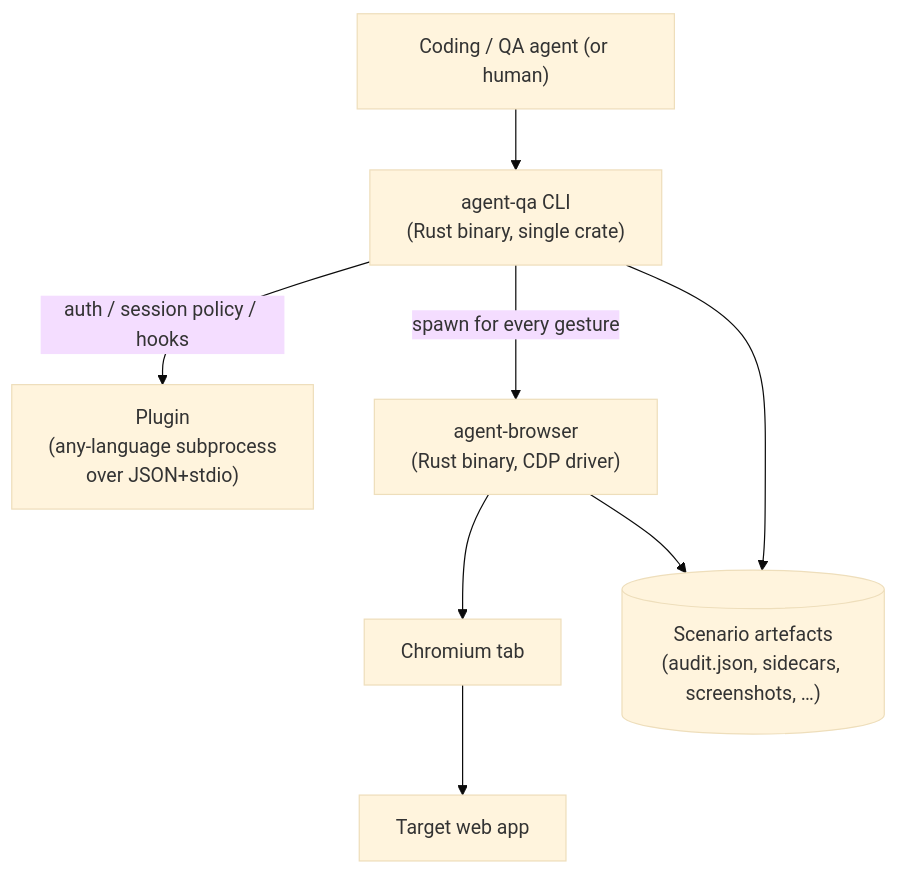
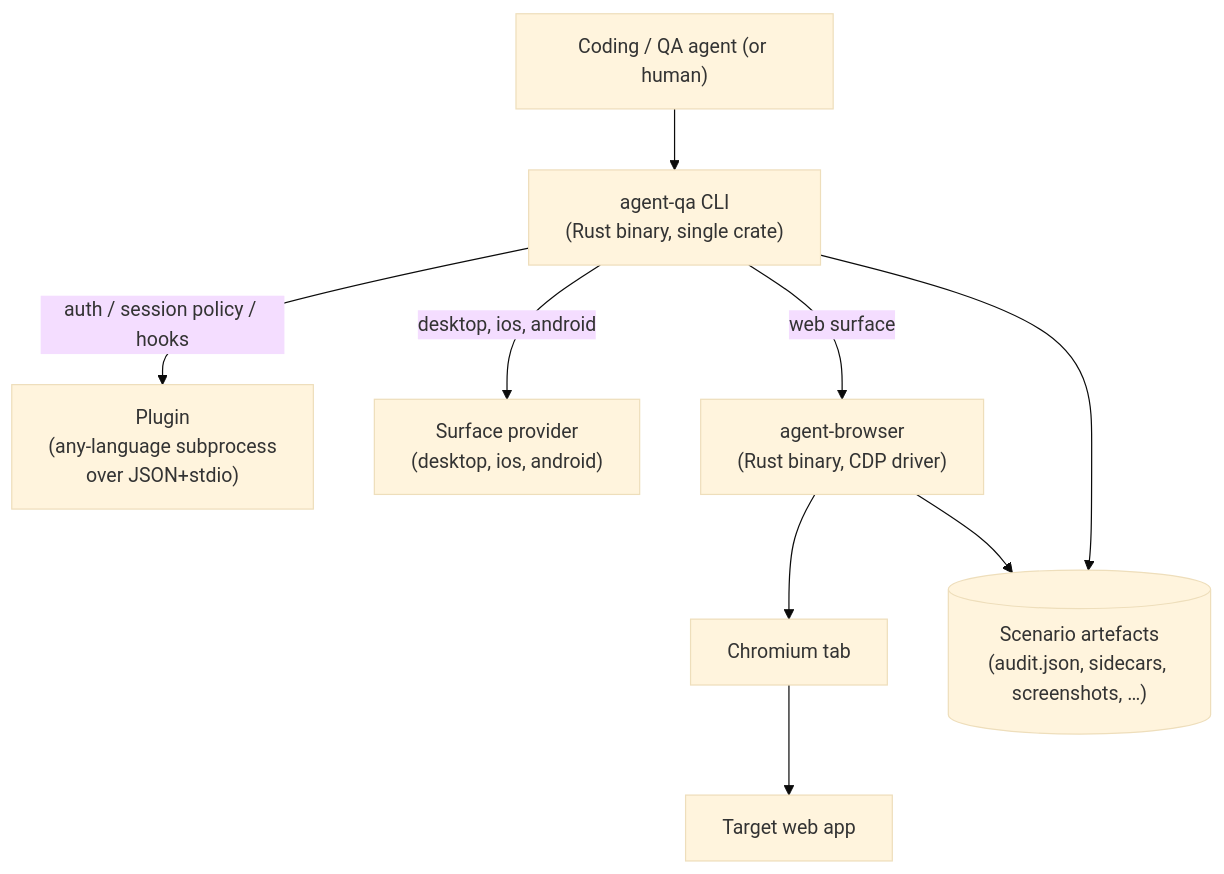
One commit to rasmusjosefsson/agent-qa changed the first of 5 diagrams in docs/architecture.md. Above: the diagram before and after it, drawn with Mermaid (base theme). The commit also changed other lines of this file and 27 other files, not shown here.

First line of the commit message:
Add surface providers for desktop, iOS, and Android (#638)

````diff
--- a/docs/architecture.md
+++ b/docs/architecture.md
@@ -15,18 +15,20 @@
 ```mermaid
 flowchart TB
     Agent["Coding / QA agent (or human)"]
     CLI["agent-qa CLI<br/>(Rust binary, single crate)"]
     Plugin["Plugin<br/>(any-language subprocess<br/>over JSON+stdio)"]
+    Surface["Surface provider<br/>(desktop, ios, android)"]
     AB["agent-browser<br/>(Rust binary, CDP driver)"]
     Browser["Chromium tab"]
     App["Target web app"]
     Disk[("Scenario artefacts<br/>(audit.json, sidecars, screenshots, …)")]
 
     Agent --> CLI
     CLI -- "auth / session policy / hooks" --> Plugin
-    CLI -- "spawn for every gesture" --> AB
+    CLI -- "desktop, ios, android" --> Surface
+    CLI -- "web surface" --> AB
     AB --> Browser
     Browser --> App
     CLI --> Disk
     AB --> Disk
 ```
````
